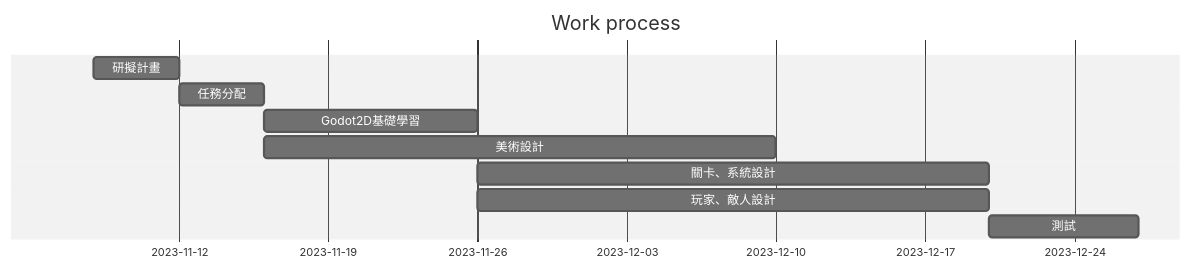
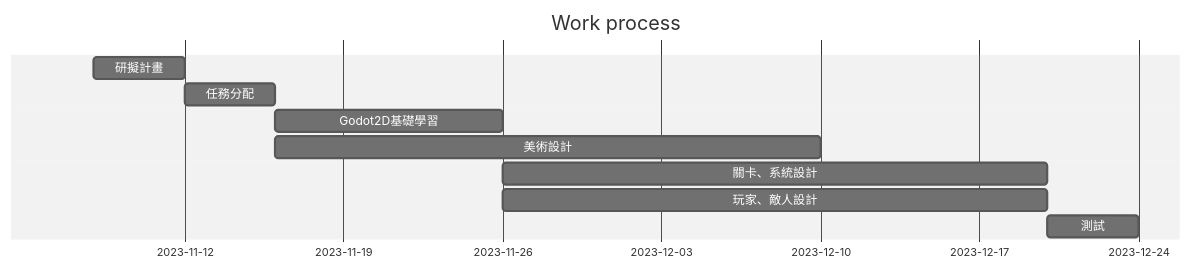
Before and after one commit to LearnLa/class_seven: the diagram in README.md, drawn with Mermaid (neutral theme).

````diff
--- a/README.md
+++ b/README.md
@@ -46,11 +46,11 @@
 ```mermaid
 gantt
     title Work process
     研擬計畫:a1, 2023-11-08, 4d
     任務分配:a2, after a1, 4d
     Godot2D基礎學習:a3, after a2, 10d
     美術設計:a4, after a2, 24d
     關卡、系統設計:a5, after a3, 24d
     玩家、敵人設計:a6, after a3, 24d
-    測試:a7, after a5 & a6, 7d
+    測試:a7, after a5 & a6, 4d
 ```
````
